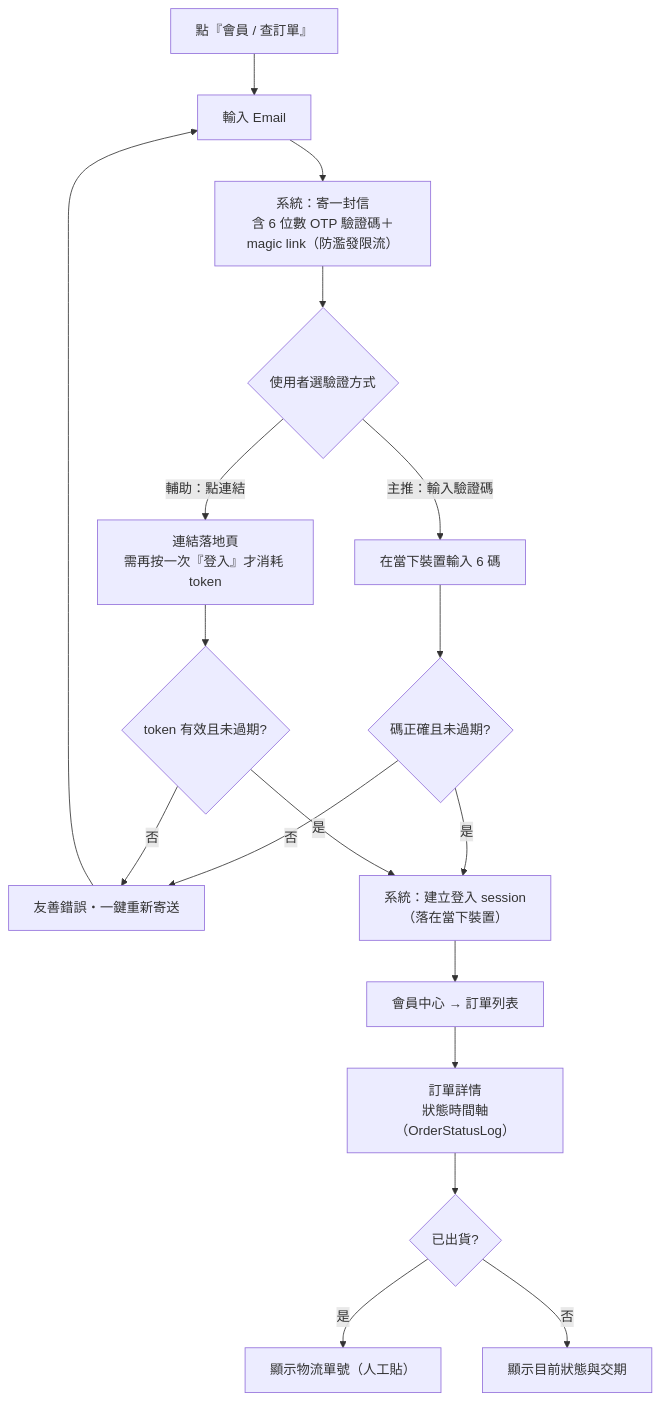
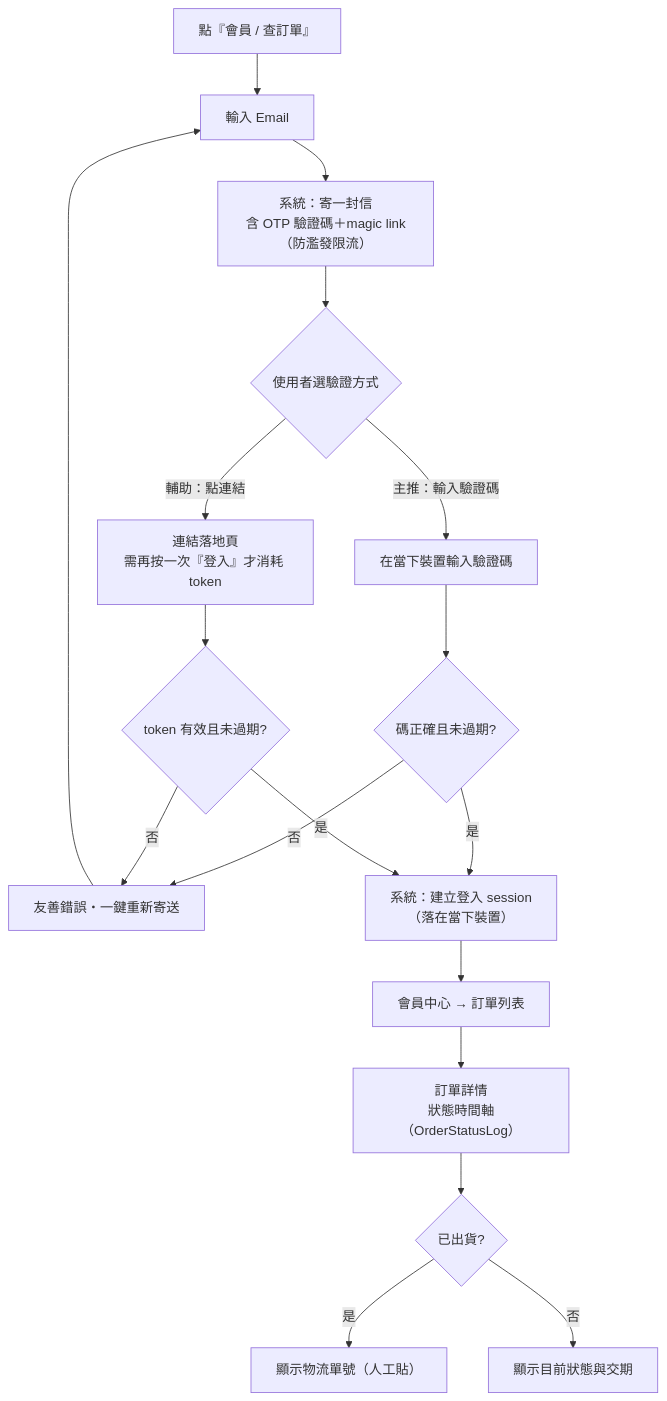
The second of 4 diagrams in docs/user-flow.md (incantochen/incantochen), drawn with Mermaid before and after one commit. The commit also changed other lines of this file and 9 other files, not shown here.

````diff
--- a/docs/user-flow.md
+++ b/docs/user-flow.md
@@ -112,20 +112,20 @@
 ```mermaid
 flowchart TD
     A["點『會員 / 查訂單』"] --> B["輸入 Email"]
-    B --> C["系統：寄一封信<br/>含 6 位數 OTP 驗證碼＋magic link（防濫發限流）"]
+    B --> C["系統：寄一封信<br/>含 OTP 驗證碼＋magic link（防濫發限流）"]
     C --> D{"使用者選驗證方式"}
-    D -->|主推：輸入驗證碼| E["在當下裝置輸入 6 碼"]
+    D -->|主推：輸入驗證碼| E["在當下裝置輸入驗證碼"]
     E --> F{"碼正確且未過期?"}
     F -->|否| R["友善錯誤・一鍵重新寄送"]
     R --> B
     F -->|是| G["系統：建立登入 session<br/>（落在當下裝置）"]
     D -->|輔助：點連結| H["連結落地頁<br/>需再按一次『登入』才消耗 token"]
     H --> I{"token 有效且未過期?"}
     I -->|否| R
     I -->|是| G
     G --> J["會員中心 → 訂單列表"]
     J --> K["訂單詳情<br/>狀態時間軸（OrderStatusLog）"]
     K --> L{"已出貨?"}
     L -->|是| M["顯示物流單號（人工貼）"]
     L -->|否| N["顯示目前狀態與交期"]
 ```
````
